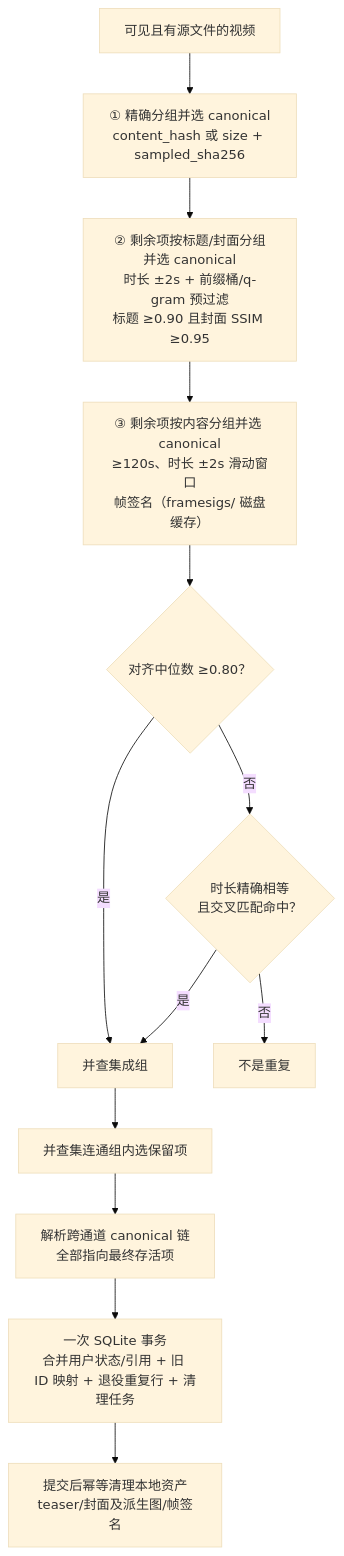
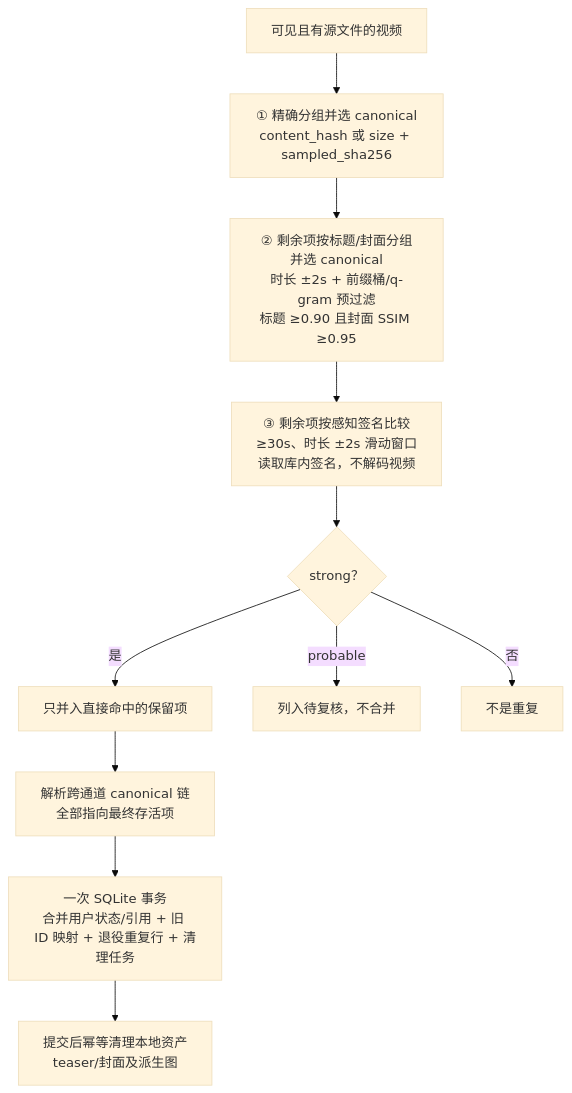
One commit to nianzhibai/91 changed the third of 3 diagrams in docs/DEDUP.md. Above: the diagram before and after it, drawn with Mermaid (base theme). The commit also changed other lines of this file and 38 other files, not shown here.

````diff
--- a/docs/DEDUP.md
+++ b/docs/DEDUP.md
@@ -83,15 +93,13 @@
 ```mermaid
 flowchart TD
     S["可见且有源文件的视频"] --> E1["① 精确分组并选 canonical<br/>content_hash 或 size + sampled_sha256"]
     E1 --> E2["② 剩余项按标题/封面分组并选 canonical<br/>时长 ±2s + 前缀桶/q-gram 预过滤<br/>标题 ≥0.90 且封面 SSIM ≥0.95"]
-    E2 --> E3["③ 剩余项按内容分组并选 canonical<br/>≥120s、时长 ±2s 滑动窗口<br/>帧签名（framesigs/ 磁盘缓存）"]
-    E3 --> R1{"对齐中位数 ≥0.80？"}
-    R1 -- 是 --> DUP["并查集成组"]
-    R1 -- 否 --> CR{"时长精确相等<br/>且交叉匹配命中？"}
-    CR -- 是 --> DUP
-    CR -- 否 --> PASS["不是重复"]
-    DUP --> CANON["并查集连通组内选保留项"]
-    CANON --> FINAL["解析跨通道 canonical 链<br/>全部指向最终存活项"]
+    E2 --> E3["③ 剩余项按感知签名比较<br/>≥30s、时长 ±2s 滑动窗口<br/>读取库内签名，不解码视频"]
+    E3 --> R1{"strong？"}
+    R1 -- 是 --> DUP["只并入直接命中的保留项"]
+    R1 -- "probable" --> REV["列入待复核，不合并"]
+    R1 -- 否 --> PASS["不是重复"]
+    DUP --> FINAL["解析跨通道 canonical 链<br/>全部指向最终存活项"]
     FINAL --> TX["一次 SQLite 事务<br/>合并用户状态/引用 + 旧 ID 映射 + 退役重复行 + 清理任务"]
-    TX --> DEL["提交后幂等清理本地资产<br/>teaser/封面及派生图/帧签名"]
+    TX --> DEL["提交后幂等清理本地资产<br/>teaser/封面及派生图"]
 ```
````
